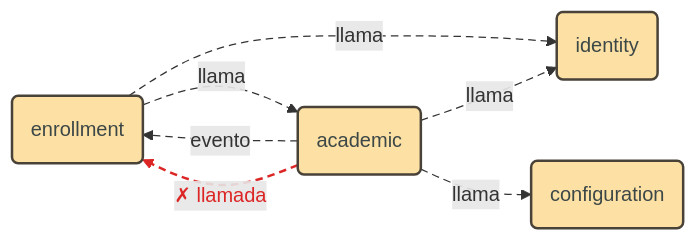
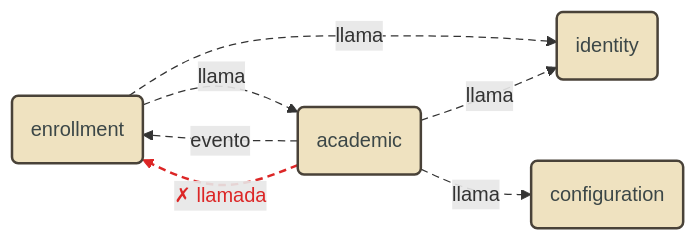
Before and after one commit to pcarroza91/nest-template: the second of 3 diagrams in docs/architecture/modular-monolith.md, drawn with Mermaid. The commit also changed other lines of this file and 2 other files, not shown here.

First line of the commit message:
docs(architecture): colores por capa y componente en los diagramas Mermaid

````diff
--- a/docs/architecture/modular-monolith.md
+++ b/docs/architecture/modular-monolith.md
@@ -294,14 +298,14 @@
 ```mermaid
 flowchart LR
     EN("enrollment") -- "llama" --> AC("academic")
     EN -- "llama" --> ID("identity")
     AC -- "llama" --> ID
     AC -- "llama" --> CF("configuration")
     AC -. "evento" .-> EN
     AC -. "✗ llamada" .-> EN
 
-    classDef domain fill:#fde0a3,stroke:#494238,stroke-width:2px,color:#3c4747
-    class EN,AC,ID,CF domain
+    classDef modules fill:#efe2c0,stroke:#494238,stroke-width:2px,color:#3c4747
+    class EN,AC,ID,CF modules
     linkStyle default stroke-dasharray:6 4
     linkStyle 5 stroke:#dc2626,stroke-width:2px,color:#dc2626
 ```
````
